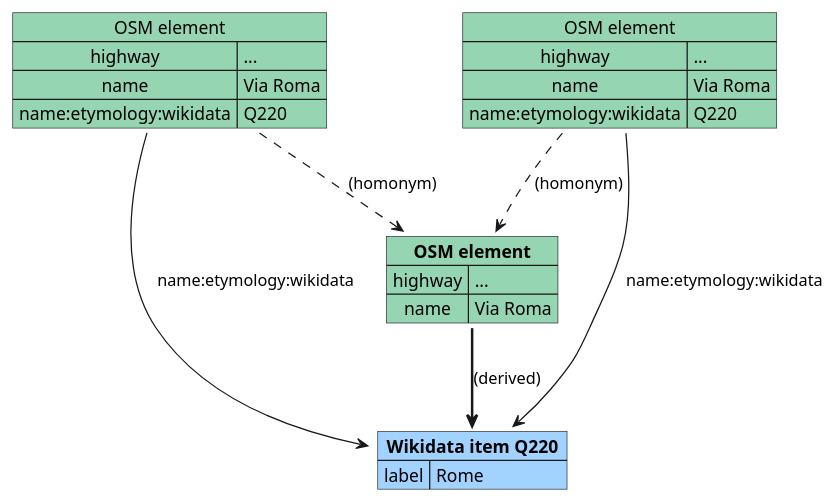
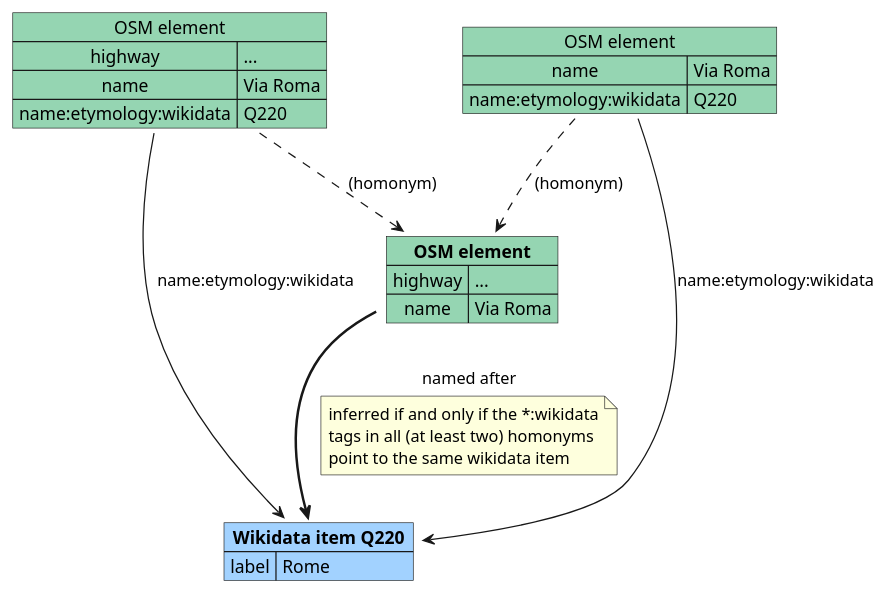
One commit to Danysan1/osm-wikidata-map-framework changed the diagram in images/data/propagation.plantuml. Above: the diagram before and after it, drawn with PlantUML. The commit also changed 13 other files, not shown here.

```diff
--- a/images/data/propagation.plantuml
+++ b/images/data/propagation.plantuml
@@ -1,29 +1,33 @@
 @startuml propagation
 
 map "OSM element" as osma #95d5b2 {
   highway => ...
   name => Via Roma
   name:etymology:wikidata => Q220
 }
 map "**Wikidata item Q220**" as wikia #a2d2ff {
   label => Rome
 }
 
 map "OSM element" as osmb #95d5b2 {
-  highway => ...
   name => Via Roma
   name:etymology:wikidata => Q220
 }
 
 map "**OSM element**" as osmc #95d5b2 {
   highway => ...
   name => Via Roma
 }
 
 osma -> wikia : name:etymology:wikidata
 osmb -> wikia : name:etymology:wikidata
-osmc -[bold]-> wikia : (derived)
 osma ..> osmc : (homonym)
 osmb ..> osmc : (homonym)
+osmc -[bold]-> wikia : named after
+note on link
+inferred if and only if the *:wikidata
+tags in all (at least two) homonyms
+point to the same wikidata item
+end note
 
 @enduml
```
